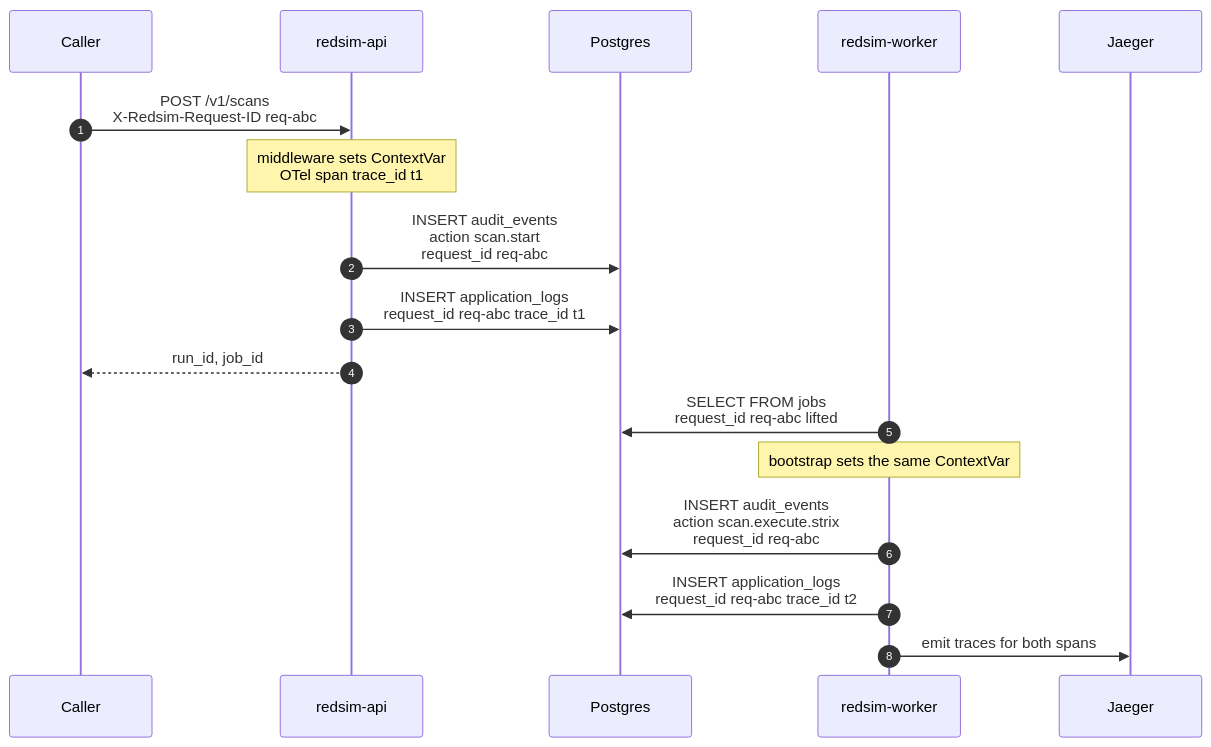
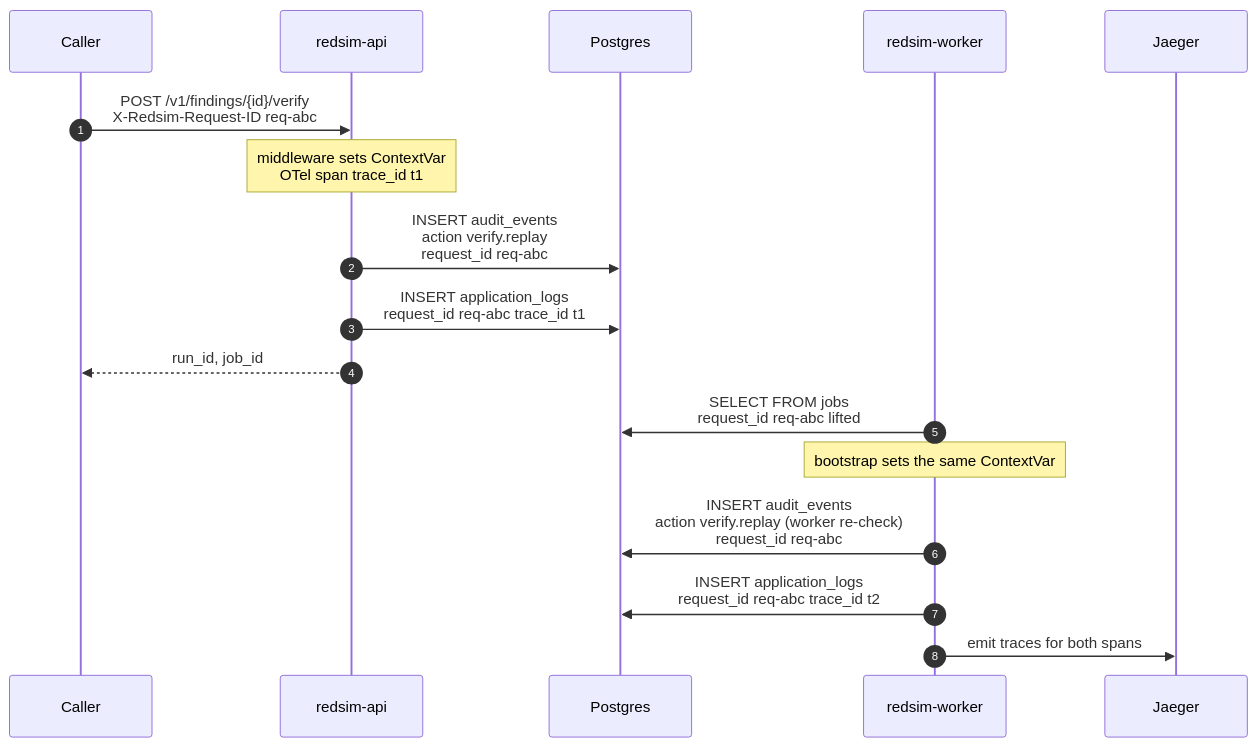
Before and after one commit to IntelliBridge/ndia-red-team-simulator: the fifth of 5 diagrams in docs/architecture/observability.md, drawn with Mermaid. The commit also changed other lines of this file and 32 other files, not shown here.

First line of the commit message:
docs: refresh to redsim/P0 truth + Archify architecture diagrams (#20)

````diff
--- a/docs/architecture/observability.md
+++ b/docs/architecture/observability.md
@@ -279,21 +280,21 @@
 ```mermaid
 sequenceDiagram
     autonumber
     participant U as Caller
     participant API as redsim-api
     participant DB as Postgres
     participant W as redsim-worker
     participant T as Jaeger
 
-    U->>API: POST /v1/scans<br/>X-Redsim-Request-ID req-abc
+    U->>API: POST /v1/findings/{id}/verify<br/>X-Redsim-Request-ID req-abc
     Note over API: middleware sets ContextVar<br/>OTel span trace_id t1
-    API->>DB: INSERT audit_events<br/>action scan.start<br/>request_id req-abc
+    API->>DB: INSERT audit_events<br/>action verify.replay<br/>request_id req-abc
     API->>DB: INSERT application_logs<br/>request_id req-abc trace_id t1
     API-->>U: run_id, job_id
 
     W->>DB: SELECT FROM jobs<br/>request_id req-abc lifted
     Note over W: bootstrap sets the same ContextVar
-    W->>DB: INSERT audit_events<br/>action scan.execute.strix<br/>request_id req-abc
+    W->>DB: INSERT audit_events<br/>action verify.replay (worker re-check)<br/>request_id req-abc
     W->>DB: INSERT application_logs<br/>request_id req-abc trace_id t2
     W->>T: emit traces for both spans
 ```
````
